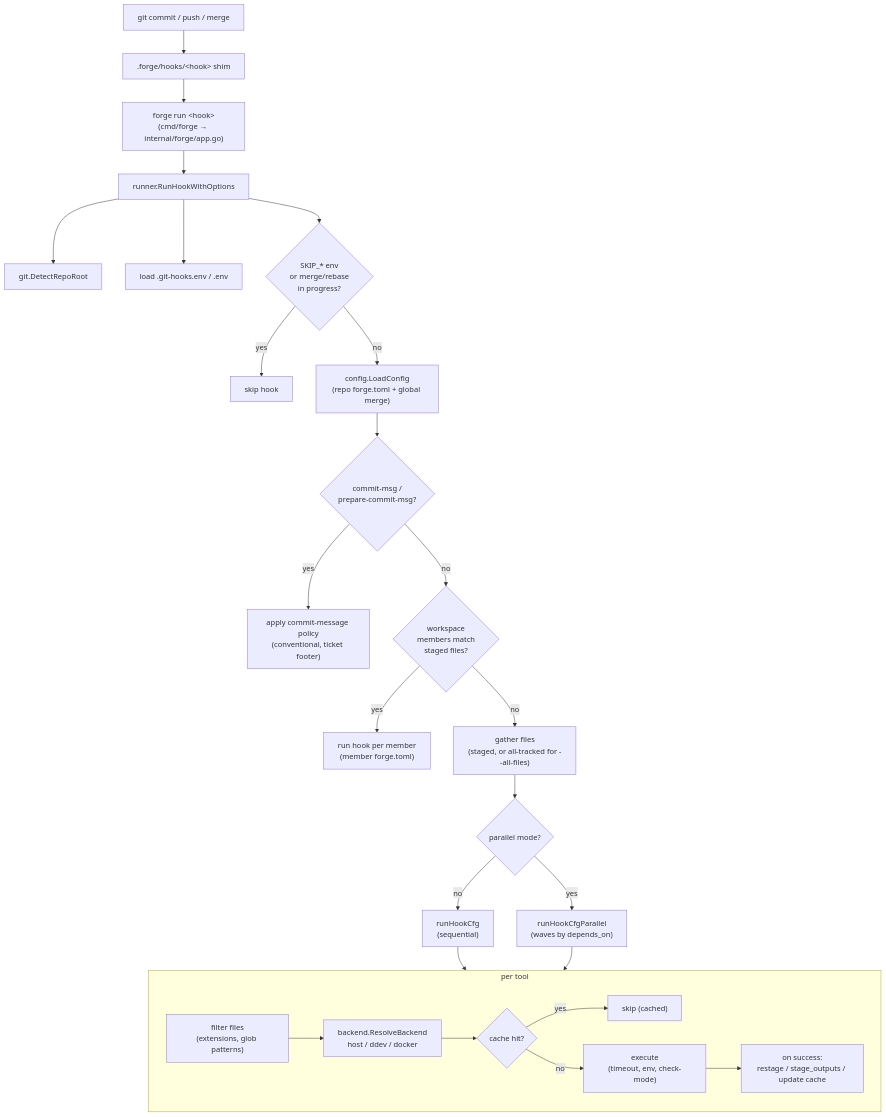
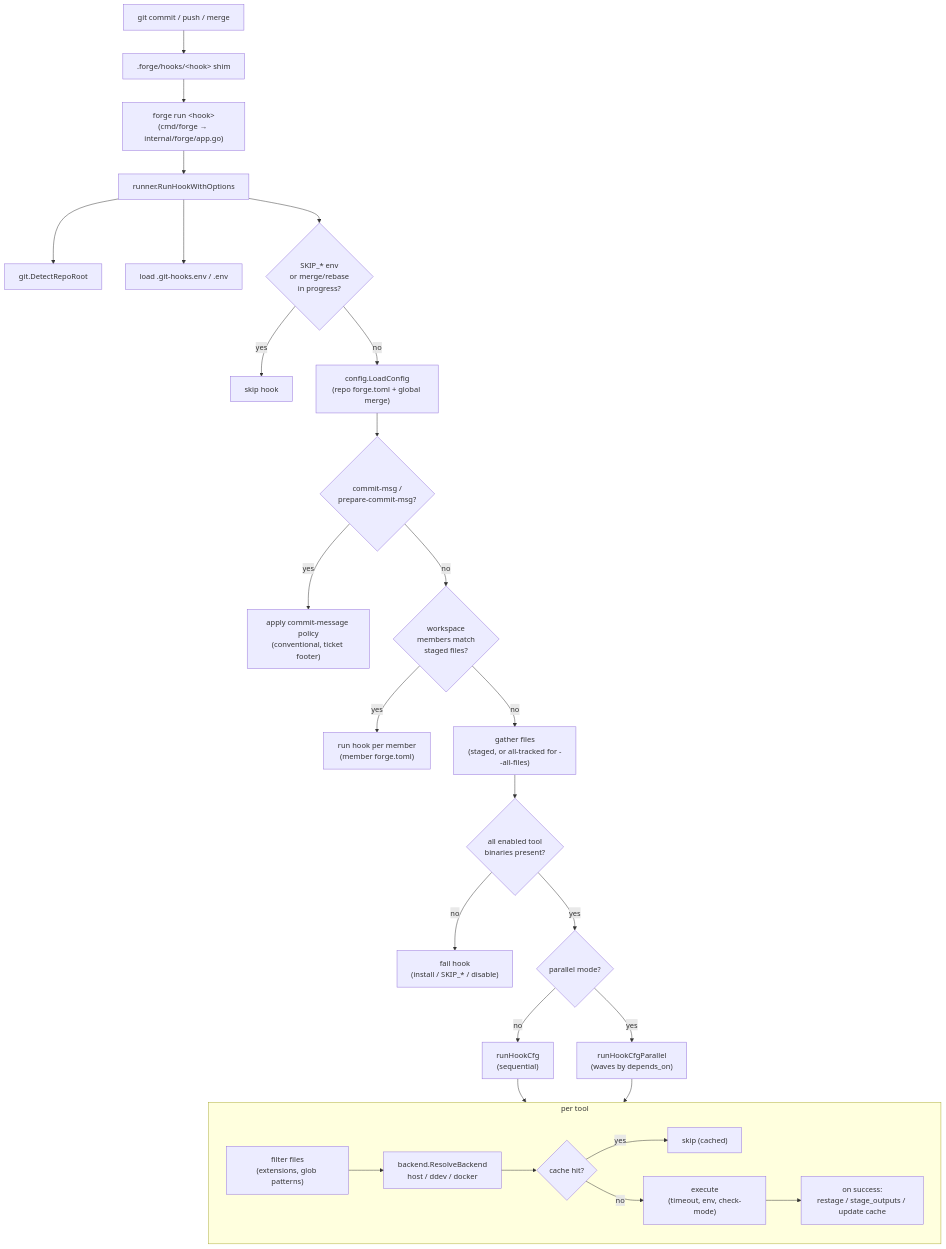
One commit to TerrorSquad/forge changed the diagram in docs/architecture.md. Above: the diagram before and after it, drawn with Mermaid. The commit also changed other lines of this file and 4 other files, not shown here.

First line of the commit message:
feat!: fail the hook when a configured tool binary is missing

````diff
--- a/docs/architecture.md
+++ b/docs/architecture.md
@@ -7,33 +7,35 @@
 ```mermaid
 flowchart TD
     git["git commit / push / merge"] --> shim[".forge/hooks/&lt;hook&gt; shim"]
     shim --> cli["forge run &lt;hook&gt;<br/>(cmd/forge → internal/forge/app.go)"]
     cli --> run["runner.RunHookWithOptions"]
 
     run --> root["git.DetectRepoRoot"]
     run --> envf["load .git-hooks.env / .env"]
     run --> skip{"SKIP_* env<br/>or merge/rebase<br/>in progress?"}
     skip -->|yes| stop["skip hook"]
     skip -->|no| load["config.LoadConfig<br/>(repo forge.toml + global merge)"]
 
     load --> policy{"commit-msg /<br/>prepare-commit-msg?"}
     policy -->|yes| pol["apply commit-message policy<br/>(conventional, ticket footer)"]
     policy -->|no| ws{"workspace<br/>members match<br/>staged files?"}
     ws -->|yes| member["run hook per member<br/>(member forge.toml)"]
     ws -->|no| files["gather files<br/>(staged, or all-tracked for --all-files)"]
 
-    files --> mode{"parallel mode?"}
+    files --> pre{"all enabled tool<br/>binaries present?"}
+    pre -->|no| prefail["fail hook<br/>(install / SKIP_* / disable)"]
+    pre -->|yes| mode{"parallel mode?"}
     mode -->|no| seq["runHookCfg<br/>(sequential)"]
     mode -->|yes| par["runHookCfgParallel<br/>(waves by depends_on)"]
 
     seq --> tool
     par --> tool
 
     subgraph tool["per tool"]
         filter["filter files<br/>(extensions, glob patterns)"] --> backend["backend.ResolveBackend<br/>host / ddev / docker"]
         backend --> cache{"cache hit?"}
         cache -->|yes| skiptool["skip (cached)"]
         cache -->|no| exec["execute<br/>(timeout, env, check-mode)"]
         exec --> after["on success:<br/>restage / stage_outputs / update cache"]
     end
 ```
````
